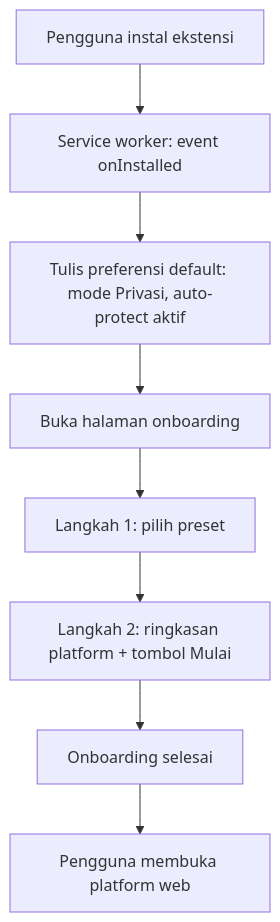
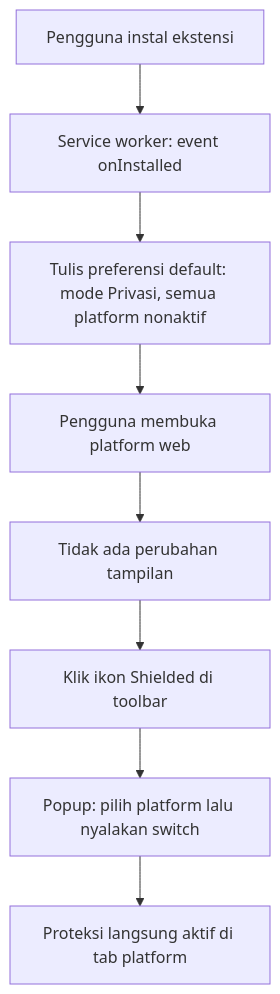
The first of 8 diagrams in docs/11-alur-pengguna.md (Zwart04/Shielded), drawn with Mermaid before and after one commit. The commit also changed other lines of this file and 47 other files, not shown here.

Commit message:
Rombak popup, default nonaktif, hapus dashboard dan onboarding

````diff
--- a/docs/11-alur-pengguna.md
+++ b/docs/11-alur-pengguna.md
@@ -9,10 +9,10 @@
 ```mermaid
 flowchart TD
     A["Pengguna instal ekstensi"] --> B["Service worker: event onInstalled"]
-    B --> C["Tulis preferensi default: mode Privasi, auto-protect aktif"]
-    C --> D["Buka halaman onboarding"]
-    D --> E["Langkah 1: pilih preset"]
-    E --> F["Langkah 2: ringkasan platform + tombol Mulai"]
-    F --> G["Onboarding selesai"]
-    G --> H["Pengguna membuka platform web"]
+    B --> C["Tulis preferensi default: mode Privasi, semua platform nonaktif"]
+    C --> D["Pengguna membuka platform web"]
+    D --> E["Tidak ada perubahan tampilan"]
+    E --> F["Klik ikon Shielded di toolbar"]
+    F --> G["Popup: pilih platform lalu nyalakan switch"]
+    G --> H["Proteksi langsung aktif di tab platform"]
 ```
````
